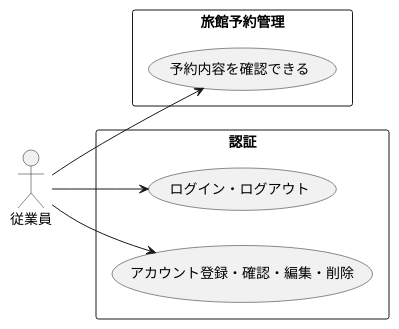
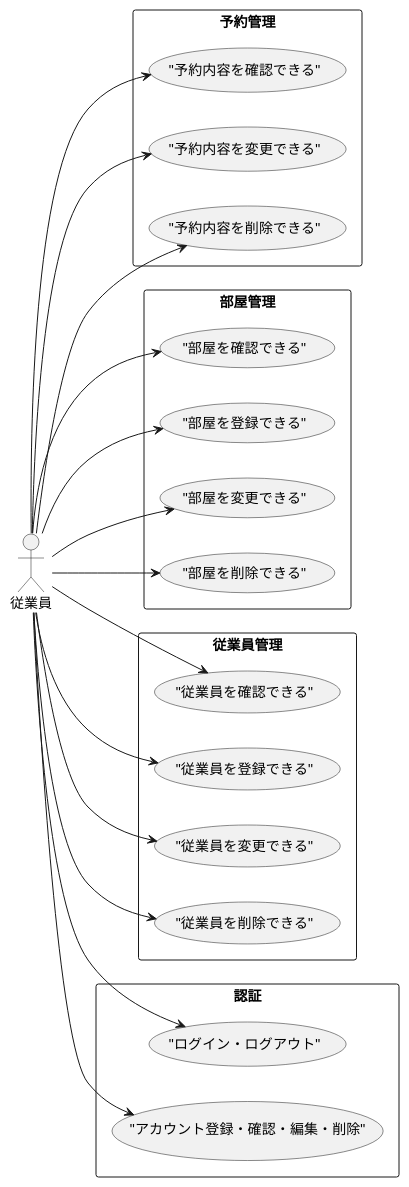
Before and after one commit to paterapatera/ryokan-reservation: the third of 3 diagrams in doc/context_map.md, drawn with PlantUML. The commit also changed other lines of this file and 2 other files, not shown here.

Commit message:
ドメインモデル図作成

````diff
--- a/doc/context_map.md
+++ b/doc/context_map.md
@@ -61,21 +46,29 @@
 ```plantuml
 @startuml
   left to right direction
-  rectangle  "旅館予約管理" as mainSys {
-    usecase "予約内容を確認できる" as u1
-  }
-  rectangle  "認証" as authSys {
-    usecase "ログイン・ログアウト" as u3
-    usecase "アカウント登録・確認・編集・削除" as u4
-  }
-
-
   '========================================
   actor "従業員" as employee
   '========================================
-  employee --> u1
-  employee --> u3
-  employee --> u4
-
+  rectangle  "予約管理" {
+    employee --> ("予約内容を確認できる")
+    employee --> ("予約内容を変更できる")
+    employee --> ("予約内容を削除できる")
+  }
+  rectangle  "部屋管理" {
+    employee --> ("部屋を確認できる")
+    employee --> ("部屋を登録できる")
+    employee --> ("部屋を変更できる")
+    employee --> ("部屋を削除できる")
+  }
+  rectangle  "従業員管理" {
+    employee --> ("従業員を確認できる")
+    employee --> ("従業員を登録できる")
+    employee --> ("従業員を変更できる")
+    employee --> ("従業員を削除できる")
+  }
+  rectangle  "認証" as authSys {
+    employee --> ("ログイン・ログアウト")
+    employee --> ("アカウント登録・確認・編集・削除")
+  }
 @enduml
 ```
````
